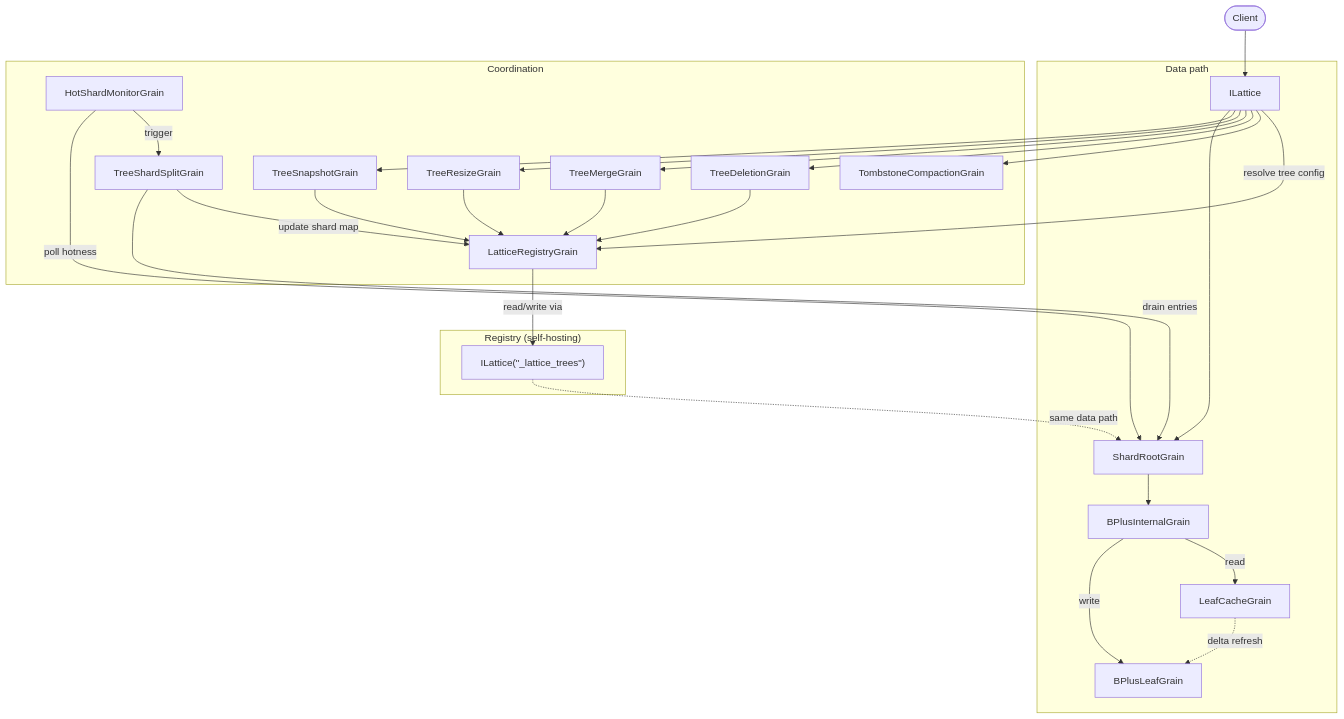
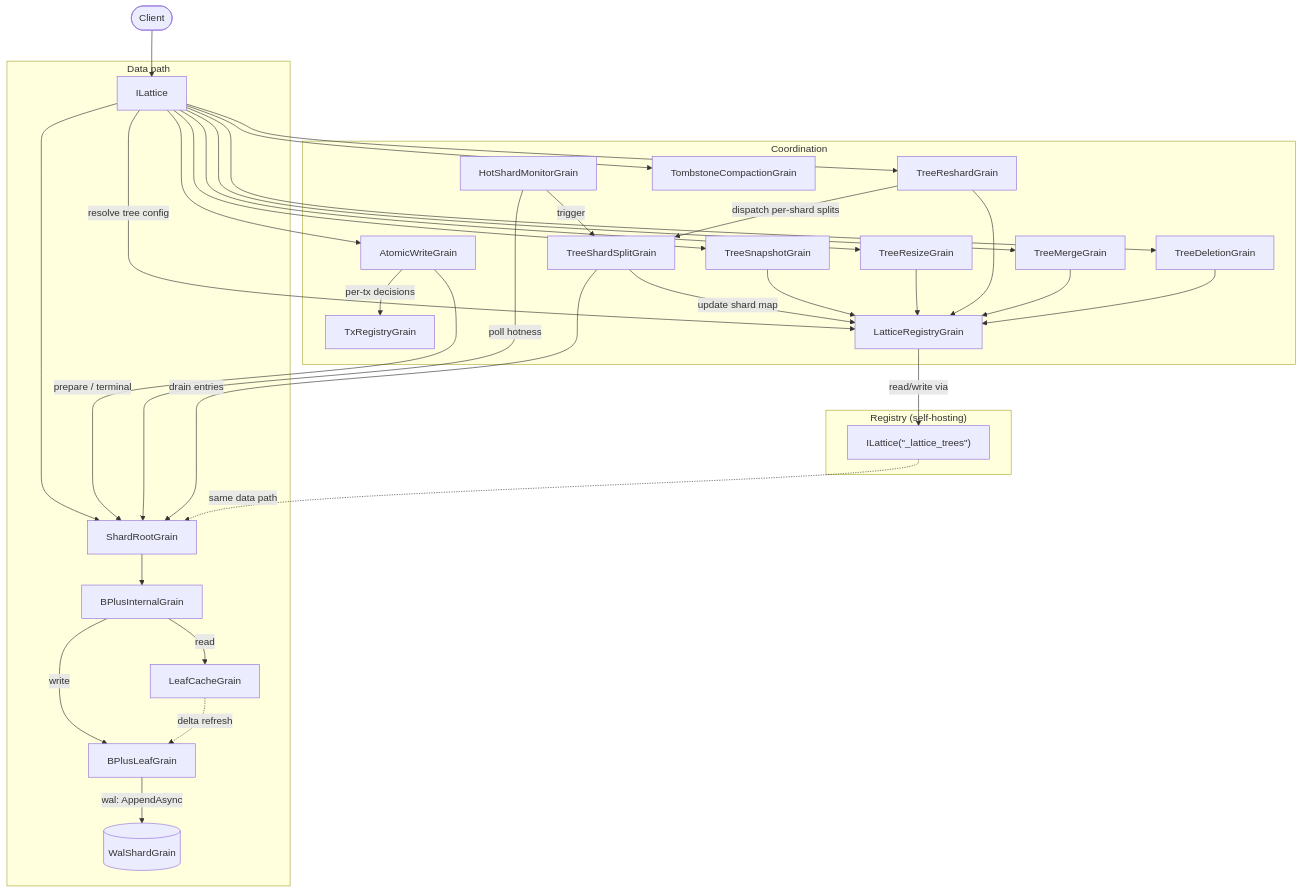
One commit to NSTA1/Orleans.Lattice changed the third of 4 diagrams in docs/lattice/architecture.md. Above: the diagram before and after it, drawn with Mermaid. The commit also changed other lines of this file and 21 other files, not shown here.

````diff
--- a/docs/lattice/architecture.md
+++ b/docs/lattice/architecture.md
@@ -146,35 +165,42 @@
 ```mermaid
 flowchart TD
     Client([Client]) --> ILattice
 
     subgraph "Data path"
         ILattice --> ShardRoot[ShardRootGrain]
         ShardRoot --> Internal[BPlusInternalGrain]
         Internal -->|write| Leaf[BPlusLeafGrain]
         Internal -->|read| Cache[LeafCacheGrain]
         Cache -.->|delta refresh| Leaf
+        Leaf -->|"wal: AppendAsync"| Wal[(WalShardGrain)]
     end
 
     subgraph "Coordination"
         ILattice --> Snapshot[TreeSnapshotGrain]
         ILattice --> Resize[TreeResizeGrain]
+        ILattice --> Reshard[TreeReshardGrain]
         ILattice --> Merge[TreeMergeGrain]
         ILattice --> Delete[TreeDeletionGrain]
         ILattice --> Compact[TombstoneCompactionGrain]
+        ILattice --> Atomic[AtomicWriteGrain]
+        Atomic -->|prepare / terminal| ShardRoot
+        Atomic -->|"per-tx decisions"| TxReg[TxRegistryGrain]
         Monitor[HotShardMonitorGrain] -->|poll hotness| ShardRoot
         Monitor -->|trigger| Split[TreeShardSplitGrain]
+        Reshard -->|dispatch per-shard splits| Split
         Split -->|drain entries| ShardRoot
         Split -->|update shard map| Registry
     end
 
     subgraph "Registry (self-hosting)"
         ILattice -->|resolve tree config| Registry[LatticeRegistryGrain]
         Registry -->|read/write via| SelfLattice["ILattice(&quot;_lattice_trees&quot;)"]
         SelfLattice -.->|same data path| ShardRoot
     end
 
     Snapshot --> Registry
     Resize --> Registry
+    Reshard --> Registry
     Merge --> Registry
     Delete --> Registry
 ```
````
